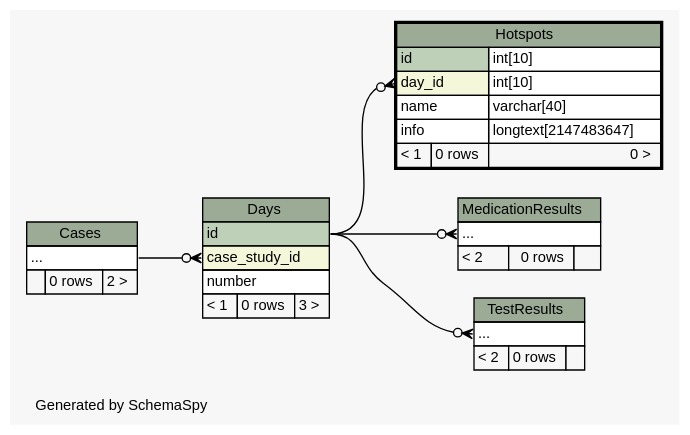
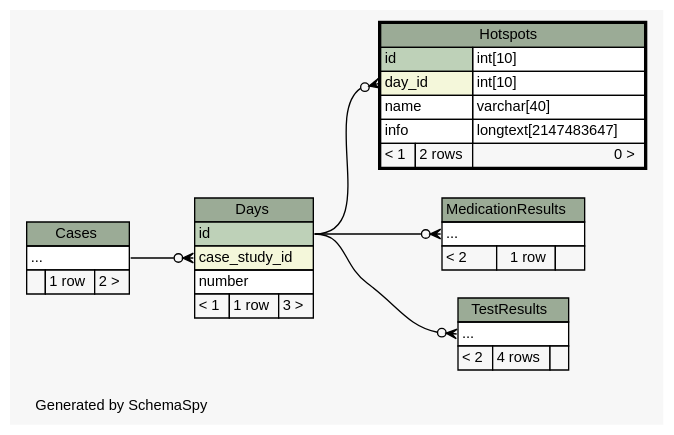
Before and after one commit to carrel2/CaseStudies: the diagram in web/files/schema/diagrams/Hotspots.2degrees.dot, drawn with Graphviz. The commit also changed 58 other files, not shown here.

Commit message:
Start to update controllers to use new database schema.

```diff
--- a/web/files/schema/diagrams/Hotspots.2degrees.dot
+++ b/web/files/schema/diagrams/Hotspots.2degrees.dot
@@ -1,81 +1,81 @@
 // dot 2.38.0 on Linux 4.4.0-62-generic
 // SchemaSpy rev 590
 digraph "twoDegreesRelationshipsDiagram" {
   graph [
     rankdir="RL"
     bgcolor="#f7f7f7"
     label="\nGenerated by SchemaSpy"
     labeljust="l"
     nodesep="0.18"
     ranksep="0.46"
     fontname="Helvetica"
     fontsize="11"
   ];
   node [
     fontname="Helvetica"
     fontsize="11"
     shape="plaintext"
   ];
   edge [
     arrowsize="0.8"
   ];
   "Days":"case_study_id":w -> "Cases":"elipses":e [arrowhead=none dir=back arrowtail=crowodot];
   "Hotspots":"day_id":w -> "Days":"id":e [arrowhead=none dir=back arrowtail=crowodot];
   "MedicationResults":"elipses":w -> "Days":"id":e [arrowhead=none dir=back arrowtail=crowodot];
   "TestResults":"elipses":w -> "Days":"id":e [arrowhead=none dir=back arrowtail=crowodot];
   "Cases" [
     label=<
     <TABLE BORDER="0" CELLBORDER="1" CELLSPACING="0" BGCOLOR="#ffffff">
       <TR><TD COLSPAN="3" BGCOLOR="#9bab96" ALIGN="CENTER">Cases</TD></TR>
       <TR><TD PORT="elipses" COLSPAN="3" ALIGN="LEFT">...</TD></TR>
-      <TR><TD ALIGN="LEFT" BGCOLOR="#f7f7f7">  </TD><TD ALIGN="RIGHT" BGCOLOR="#f7f7f7">0 rows</TD><TD ALIGN="RIGHT" BGCOLOR="#f7f7f7">2 &gt;</TD></TR>
+      <TR><TD ALIGN="LEFT" BGCOLOR="#f7f7f7">  </TD><TD ALIGN="RIGHT" BGCOLOR="#f7f7f7">1 row</TD><TD ALIGN="RIGHT" BGCOLOR="#f7f7f7">2 &gt;</TD></TR>
     </TABLE>>
     URL="Cases.html"
     tooltip="Cases"
   ];
   "Days" [
     label=<
     <TABLE BORDER="0" CELLBORDER="1" CELLSPACING="0" BGCOLOR="#ffffff">
       <TR><TD COLSPAN="3" BGCOLOR="#9bab96" ALIGN="CENTER">Days</TD></TR>
       <TR><TD PORT="id" COLSPAN="3" BGCOLOR="#bed1b8" ALIGN="LEFT">id</TD></TR>
       <TR><TD PORT="case_study_id" COLSPAN="3" BGCOLOR="#f4f7da" ALIGN="LEFT">case_study_id</TD></TR>
       <TR><TD PORT="number" COLSPAN="3" ALIGN="LEFT">number</TD></TR>
-      <TR><TD ALIGN="LEFT" BGCOLOR="#f7f7f7">&lt; 1</TD><TD ALIGN="RIGHT" BGCOLOR="#f7f7f7">0 rows</TD><TD ALIGN="RIGHT" BGCOLOR="#f7f7f7">3 &gt;</TD></TR>
+      <TR><TD ALIGN="LEFT" BGCOLOR="#f7f7f7">&lt; 1</TD><TD ALIGN="RIGHT" BGCOLOR="#f7f7f7">1 row</TD><TD ALIGN="RIGHT" BGCOLOR="#f7f7f7">3 &gt;</TD></TR>
     </TABLE>>
     URL="Days.html"
     tooltip="Days"
   ];
   "Hotspots" [
     label=<
     <TABLE BORDER="2" CELLBORDER="1" CELLSPACING="0" BGCOLOR="#ffffff">
       <TR><TD COLSPAN="3" BGCOLOR="#9bab96" ALIGN="CENTER">Hotspots</TD></TR>
       <TR><TD PORT="id" COLSPAN="2" BGCOLOR="#bed1b8" ALIGN="LEFT">id</TD><TD PORT="id.type" ALIGN="LEFT">int[10]</TD></TR>
       <TR><TD PORT="day_id" COLSPAN="2" BGCOLOR="#f4f7da" ALIGN="LEFT">day_id</TD><TD PORT="day_id.type" ALIGN="LEFT">int[10]</TD></TR>
       <TR><TD PORT="name" COLSPAN="2" ALIGN="LEFT">name</TD><TD PORT="name.type" ALIGN="LEFT">varchar[40]</TD></TR>
       <TR><TD PORT="info" COLSPAN="2" ALIGN="LEFT">info</TD><TD PORT="info.type" ALIGN="LEFT">longtext[2147483647]</TD></TR>
-      <TR><TD ALIGN="LEFT" BGCOLOR="#f7f7f7">&lt; 1</TD><TD ALIGN="RIGHT" BGCOLOR="#f7f7f7">0 rows</TD><TD ALIGN="RIGHT" BGCOLOR="#f7f7f7">0 &gt;</TD></TR>
+      <TR><TD ALIGN="LEFT" BGCOLOR="#f7f7f7">&lt; 1</TD><TD ALIGN="RIGHT" BGCOLOR="#f7f7f7">2 rows</TD><TD ALIGN="RIGHT" BGCOLOR="#f7f7f7">0 &gt;</TD></TR>
     </TABLE>>
     URL="Hotspots.html"
     tooltip="Hotspots"
   ];
   "MedicationResults" [
     label=<
     <TABLE BORDER="0" CELLBORDER="1" CELLSPACING="0" BGCOLOR="#ffffff">
       <TR><TD COLSPAN="3" BGCOLOR="#9bab96" ALIGN="CENTER">MedicationResults</TD></TR>
       <TR><TD PORT="elipses" COLSPAN="3" ALIGN="LEFT">...</TD></TR>
-      <TR><TD ALIGN="LEFT" BGCOLOR="#f7f7f7">&lt; 2</TD><TD ALIGN="RIGHT" BGCOLOR="#f7f7f7">0 rows</TD><TD ALIGN="RIGHT" BGCOLOR="#f7f7f7">  </TD></TR>
+      <TR><TD ALIGN="LEFT" BGCOLOR="#f7f7f7">&lt; 2</TD><TD ALIGN="RIGHT" BGCOLOR="#f7f7f7">1 row</TD><TD ALIGN="RIGHT" BGCOLOR="#f7f7f7">  </TD></TR>
     </TABLE>>
     URL="MedicationResults.html"
     tooltip="MedicationResults"
   ];
   "TestResults" [
     label=<
     <TABLE BORDER="0" CELLBORDER="1" CELLSPACING="0" BGCOLOR="#ffffff">
       <TR><TD COLSPAN="3" BGCOLOR="#9bab96" ALIGN="CENTER">TestResults</TD></TR>
       <TR><TD PORT="elipses" COLSPAN="3" ALIGN="LEFT">...</TD></TR>
-      <TR><TD ALIGN="LEFT" BGCOLOR="#f7f7f7">&lt; 2</TD><TD ALIGN="RIGHT" BGCOLOR="#f7f7f7">0 rows</TD><TD ALIGN="RIGHT" BGCOLOR="#f7f7f7">  </TD></TR>
+      <TR><TD ALIGN="LEFT" BGCOLOR="#f7f7f7">&lt; 2</TD><TD ALIGN="RIGHT" BGCOLOR="#f7f7f7">4 rows</TD><TD ALIGN="RIGHT" BGCOLOR="#f7f7f7">  </TD></TR>
     </TABLE>>
     URL="TestResults.html"
     tooltip="TestResults"
   ];
 }
```
